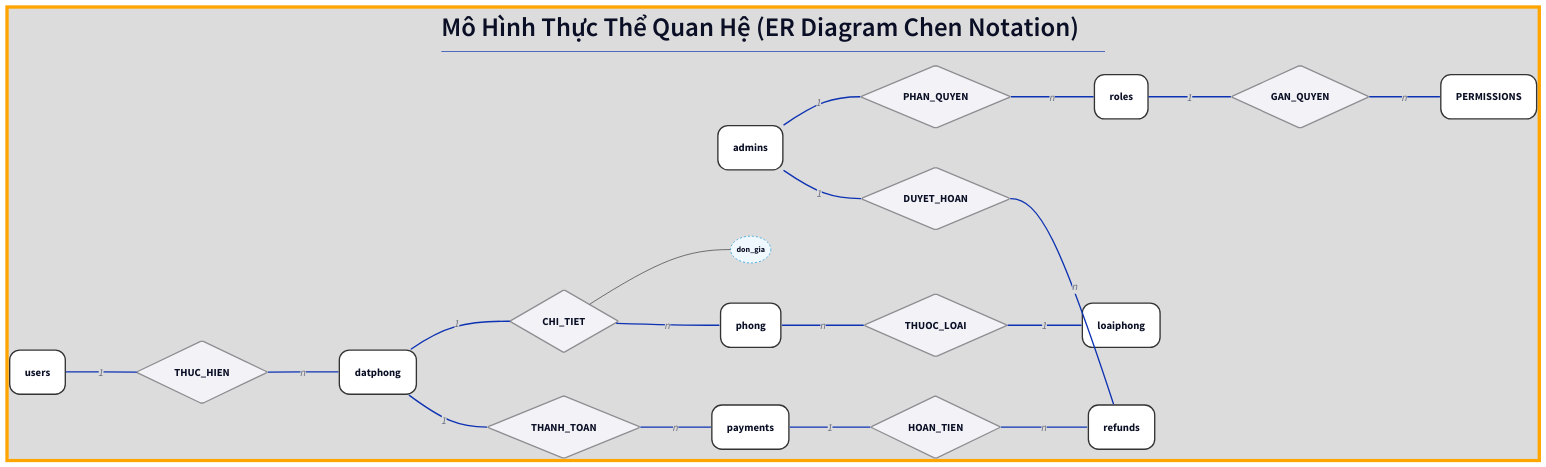
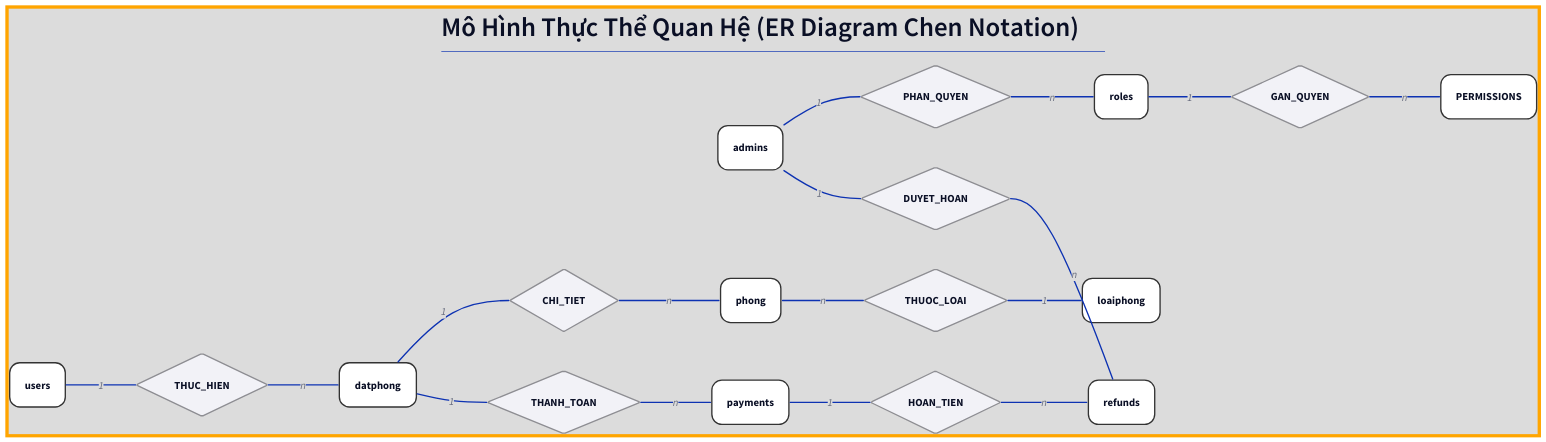
Before and after one commit to sam-uit/ie103-project-report: the diagram in report/content/diagrams/er.d2, drawn with D2.

```diff
--- a/report/content/diagrams/er.d2
+++ b/report/content/diagrams/er.d2
@@ -1,196 +1,196 @@
 # Template: D2
 # Author: Sam Dinh
 # Mục đích: Tạo ER Diagram Chen Notation.
 # Trang nguồn: https://d2lang.com/
 # VSCode extension: Terrastruct.d2
 
 direction: right
 
 # Tiêu đề: căn góc trên-giữa
 title: |md
   # Mô Hình Thực Thể Quan Hệ (ER Diagram Chen Notation)
 | {near: top-center}
 
 title.style: {
   font-size: 20
   # font: "mono"
 }
 
 # --- 0. STYLES ---
 style: {
   # font: "mono"
   fill: "#dcdcdc"
   stroke: "orange"
   stroke-width: 5
 }
 
 # --- 1. CSS STYLES (THEME) ---
 classes: {
   # Thực thể: Chữ nhật bo góc Apple style
   entity: {
     shape: rectangle
     style: {
       border-radius: 15
       stroke-width: 2
       fill: "#FFFFFF"
       stroke: "#333333"
     }
   }
 
   # Thuộc tính: Oval màu xanh nhạt
   attr: {
     shape: oval
     width: 60
     height: 40
     style: {
       fill: "#F0F8FF"
       stroke: "#0d95de"
       stroke-width: 1
       font-size: 12
     }
   }
 
   # Quan hệ: Hình thoi
   rel: {
     shape: diamond
     style: {
       fill: "#F2F2F7"
       stroke: "#8E8E93"
     }
   }
 
   # Đường nối thuộc tính: Màu nhạt
   link_attr: {
     style: {
       stroke: "#3a3838"
       stroke-width: 1
     }
   }
 }
 
 # --- 2. DATA MODEL ---
 
 # === AUTH SYSTEM ===
 admins: {class: entity}
 # Attributes
 # admin_id: {class: attr; label: |md <u>id</u> |}
 # admin_mail: {class: attr; label: email}
 # admin_pass: {class: attr; label: pass}
 # admin_name: {class: attr; label: name}
 # # Connections
 # admins -- admin_id: {class: link_attr}
 # admins -- admin_mail: {class: link_attr}
 # admins -- admin_pass: {class: link_attr}
 # admins -- admin_name: {class: link_attr}
 
 roles: {class: entity}
 # role_id: {class: attr; label: |md <u>id</u> |}
 # role_code: {class: attr; label: code}
 # role_name: {class: attr; label: name}
 # roles -- role_id: {class: link_attr}
 # roles -- role_code: {class: link_attr}
 # roles -- role_name: {class: link_attr}
 
 perms: {class: entity; label: PERMISSIONS}
 # perm_id: {class: attr; label: |md <u>id</u> |}
 # perm_code: {class: attr; label: code}
 # perms -- perm_id: {class: link_attr}
 # perms -- perm_code: {class: link_attr}
 
 # === BOOKING SYSTEM ===
 users: {class: entity}
 # user_id: {class: attr; label: |md <u>id</u> |}
 # user_mail: {class: attr; label: email}
 # user_phn: {class: attr; label: phone}
 # users -- user_id: {class: link_attr}
 # users -- user_mail: {class: link_attr}
 # users -- user_phn: {class: link_attr}
 
 datphong: {class: entity}
 # dp_id: {class: attr; label: |md <u>id</u> |}
 # dp_in: {class: attr; label: check_in}
 # dp_out: {class: attr; label: check_out}
 # dp_stt: {class: attr; label: status}
 # datphong -- dp_id: {class: link_attr}
 # datphong -- dp_in: {class: link_attr}
 # datphong -- dp_out: {class: link_attr}
 # datphong -- dp_stt: {class: link_attr}
 
 phong: {class: entity}
 # p_id: {class: attr; label: |md <u>id</u> |}
 # p_num: {class: attr; label: number}
 # p_stt: {class: attr; label: status}
 # phong -- p_id: {class: link_attr}
 # phong -- p_num: {class: link_attr}
 # phong -- p_stt: {class: link_attr}
 
 loaiphong: {class: entity}
 # lp_id: {class: attr; label: |md <u>id</u> |}
 # lp_name: {class: attr; label: name}
 # lp_price: {class: attr; label: price}
 # loaiphong -- lp_id: {class: link_attr}
 # loaiphong -- lp_name: {class: link_attr}
 # loaiphong -- lp_price: {class: link_attr}
 
 # === FINANCE SYSTEM ===
 payments: {class: entity}
 # pay_id: {class: attr; label: |md <u>id</u> |}
 # pay_amt: {class: attr; label: amt}
 # pay_mth: {class: attr; label: method}
 # payments -- pay_id: {class: link_attr}
 # payments -- pay_amt: {class: link_attr}
 # payments -- pay_mth: {class: link_attr}
 
 refunds: {class: entity}
 # rf_id: {class: attr; label: |md <u>id</u> |}
 # rf_amt: {class: attr; label: amt}
 # rf_rsn: {class: attr; label: reason}
 # refunds -- rf_id: {class: link_attr}
 # refunds -- rf_amt: {class: link_attr}
 # refunds -- rf_rsn: {class: link_attr}
 
 # --- 3. RELATIONSHIPS ---
 
 phan_quyen: {class: rel; label: PHAN_QUYEN}
 gan_quyen: {class: rel; label: GAN_QUYEN}
 thuc_hien: {class: rel; label: THUC_HIEN}
 chi_tiet: {class: rel; label: CHI_TIET}
 thuoc_loai: {class: rel; label: THUOC_LOAI}
 thanh_toan: {class: rel; label: THANH_TOAN}
 hoan_tien: {class: rel; label: HOAN_TIEN}
 duyet_hoan: {class: rel; label: DUYET_HOAN}
 
 # Attribute of Relationship
-attr_dongia: {class: attr; label: don_gia; style: {stroke-dash: 3}}
-chi_tiet -- attr_dongia: {class: link_attr}
+# attr_dongia: {class: attr; label: don_gia; style: {stroke-dash: 3}}
+# chi_tiet -- attr_dongia: {class: link_attr}
 
 # --- 4. CONNECTIONS ---
 
 # Admin Flow
 admins -- phan_quyen: 1
 phan_quyen -- roles: n
 
 roles -- gan_quyen: 1
 gan_quyen -- perms: n
 
 # User Flow
 users -- thuc_hien: 1
 thuc_hien -- datphong: n
 
 # Room Flow
 datphong -- chi_tiet: 1
 chi_tiet -- phong: n
 
 phong -- thuoc_loai: n
 thuoc_loai -- loaiphong: 1
 
 # Payment Flow
 datphong -- thanh_toan: 1
 thanh_toan -- payments: n
 
 payments -- hoan_tien: 1
 hoan_tien -- refunds: n
 
 # Approval Flow
 admins -- duyet_hoan: 1
 duyet_hoan -- refunds: n
```
